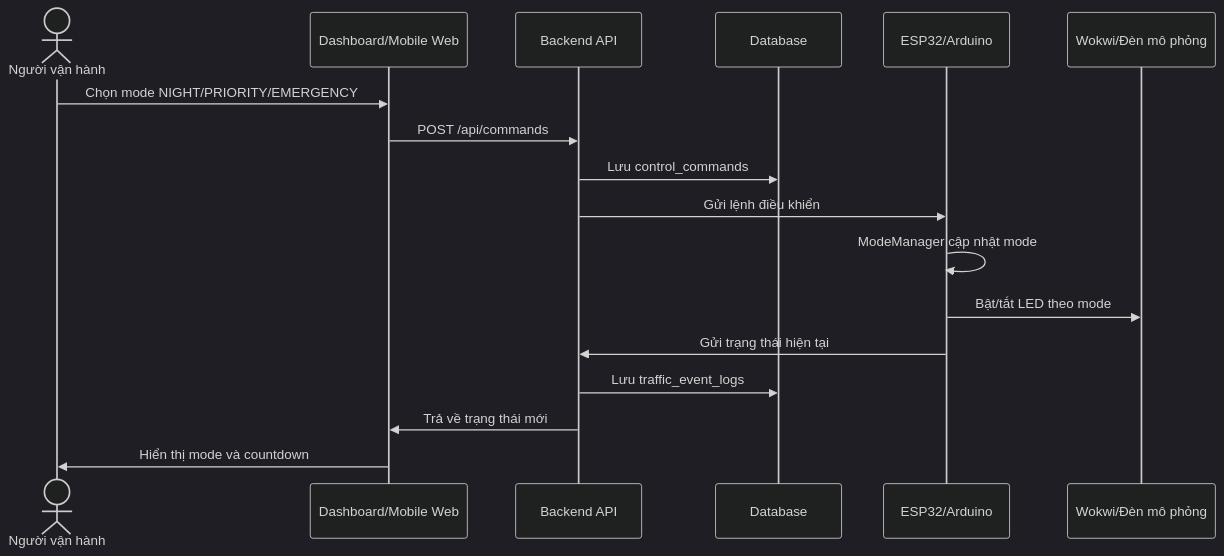
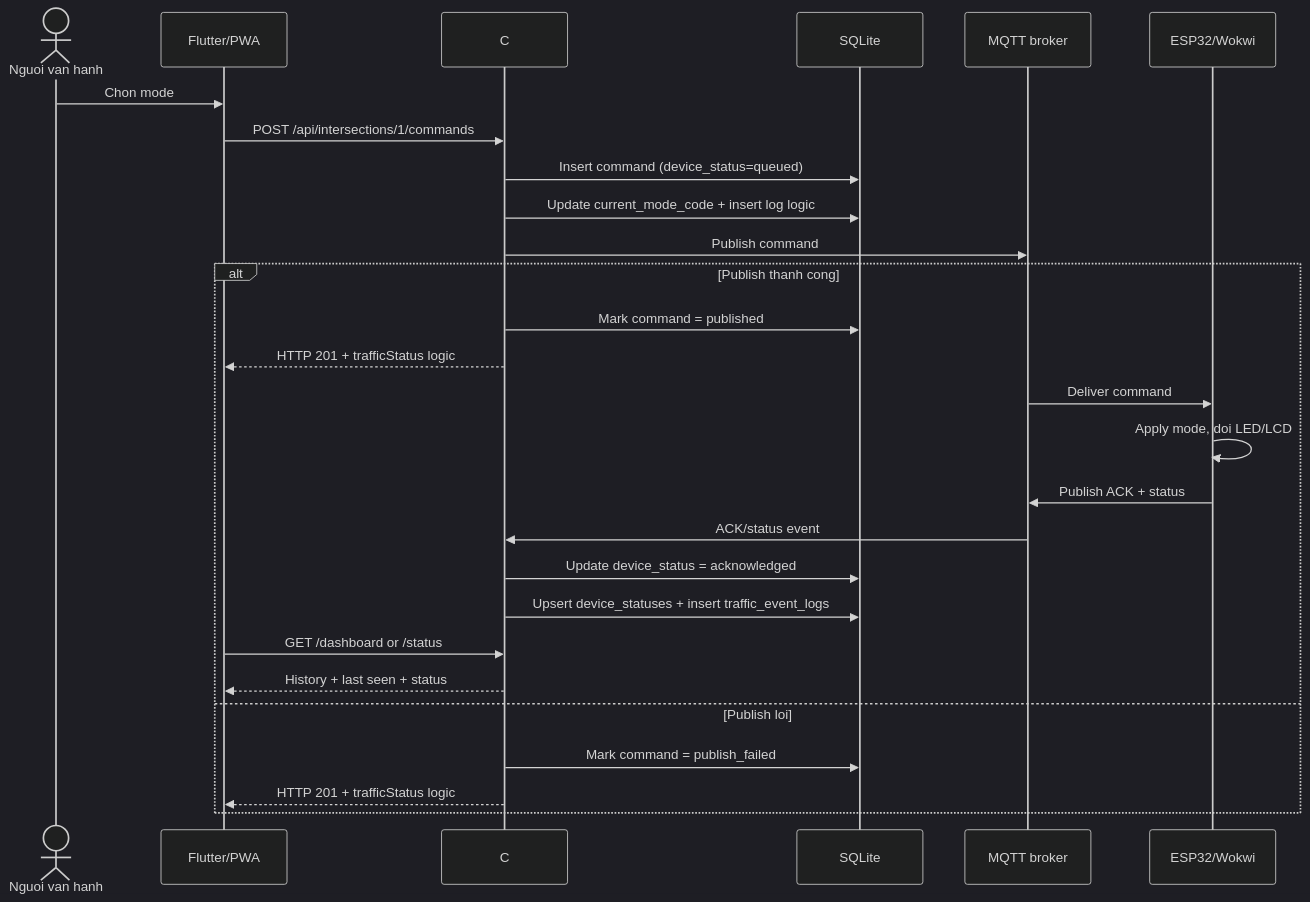
The sixth of 7 diagrams in 09_so_do_thiet_ke.md (xuanhai0913/iot-traffic-light-wokwi), drawn with Mermaid (dark theme) before and after one commit. The commit also changed other lines of this file and 51 other files, not shown here.

Commit message:
docs: sync diagrams and add flutter ios target

````diff
--- a/09_so_do_thiet_ke.md
+++ b/09_so_do_thiet_ke.md
@@ -215,20 +257,30 @@
 ```mermaid
 sequenceDiagram
-    actor User as Người vận hành
-    participant UI as Dashboard/Mobile Web
-    participant API as Backend API
-    participant DB as Database
-    participant Device as ESP32/Arduino
-    participant Sim as Wokwi/Đèn mô phỏng
+    actor User as Nguoi van hanh
+    participant App as Flutter/PWA
+    participant API as C# API
+    participant DB as SQLite
+    participant MQTT as MQTT broker
+    participant Device as ESP32/Wokwi
 
-    User->>UI: Chọn mode NIGHT/PRIORITY/EMERGENCY
-    UI->>API: POST /api/commands
-    API->>DB: Lưu control_commands
-    API->>Device: Gửi lệnh điều khiển
-    Device->>Device: ModeManager cập nhật mode
-    Device->>Sim: Bật/tắt LED theo mode
-    Device->>API: Gửi trạng thái hiện tại
-    API->>DB: Lưu traffic_event_logs
-    API->>UI: Trả về trạng thái mới
-    UI->>User: Hiển thị mode và countdown
+    User->>App: Chon mode
+    App->>API: POST /api/intersections/1/commands
+    API->>DB: Insert command (device_status=queued)
+    API->>DB: Update current_mode_code + insert log logic
+    API->>MQTT: Publish command
+    alt Publish thanh cong
+        API->>DB: Mark command = published
+        API-->>App: HTTP 201 + trafficStatus logic
+        MQTT->>Device: Deliver command
+        Device->>Device: Apply mode, doi LED/LCD
+        Device->>MQTT: Publish ACK + status
+        MQTT->>API: ACK/status event
+        API->>DB: Update device_status = acknowledged
+        API->>DB: Upsert device_statuses + insert traffic_event_logs
+        App->>API: GET /dashboard or /status
+        API-->>App: History + last seen + status
+    else Publish loi
+        API->>DB: Mark command = publish_failed
+        API-->>App: HTTP 201 + trafficStatus logic
+    end
 ```
````
